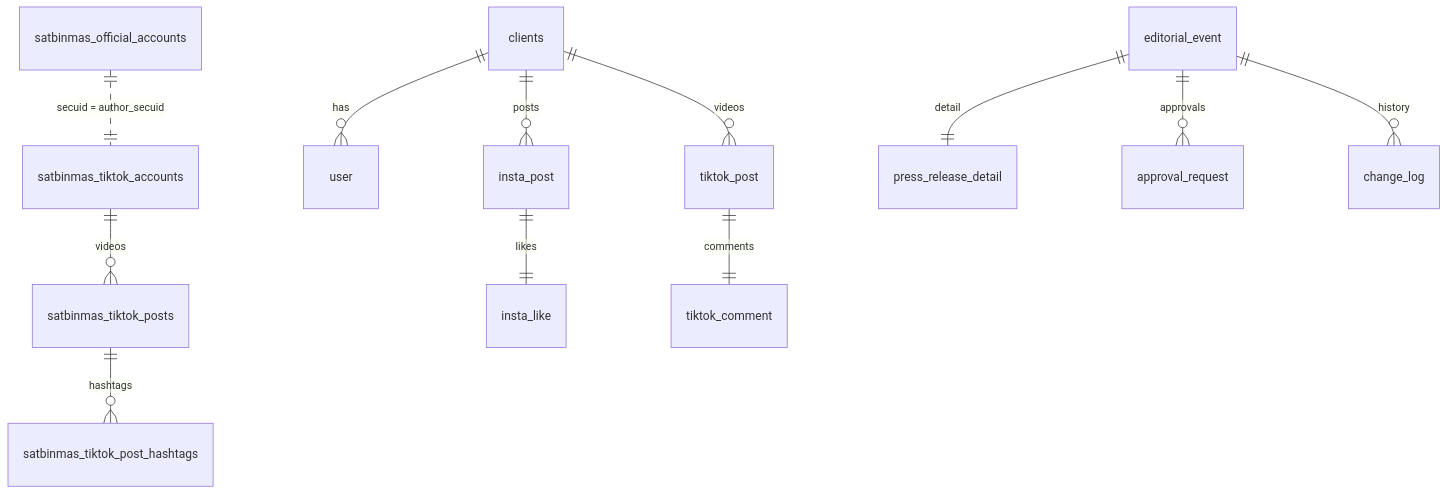
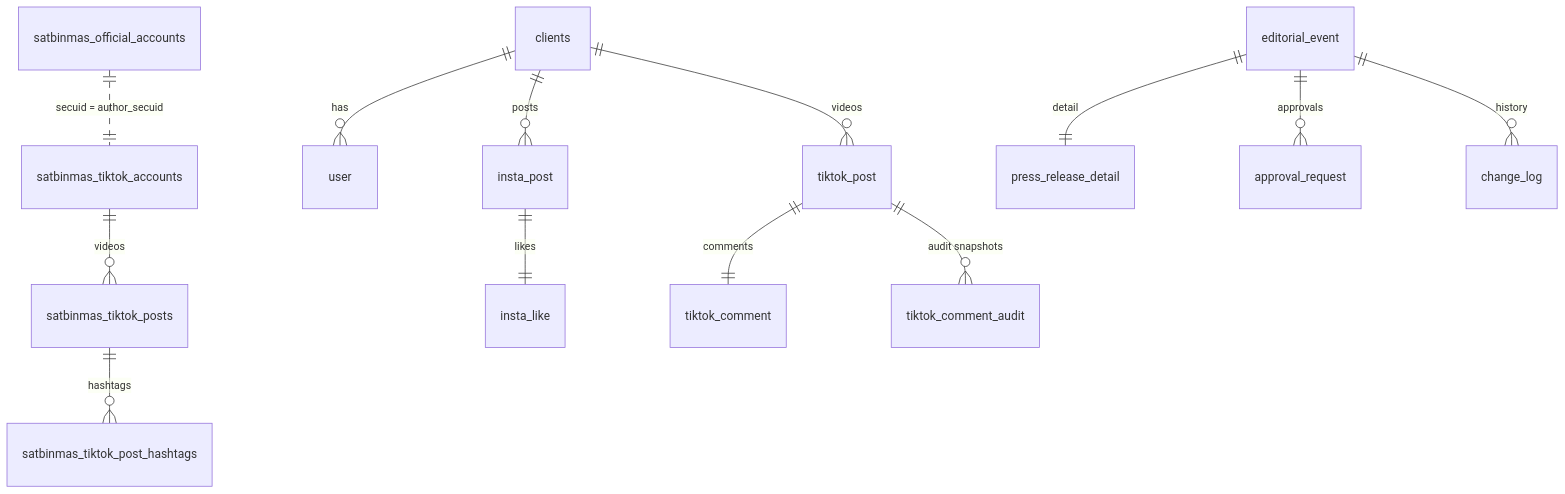
Before and after one commit to cicero78M/Cicero_V2: the diagram in docs/database_structure.md, drawn with Mermaid. The commit also changed other lines of this file and 2 other files, not shown here.

Commit message:
Add cascade to TikTok comment dependencies

````diff
--- a/docs/database_structure.md
+++ b/docs/database_structure.md
@@ -323,14 +334,15 @@
 ```mermaid
 erDiagram
     clients ||--o{ user : "has"
     clients ||--o{ insta_post : "posts"
     clients ||--o{ tiktok_post : "videos"
     satbinmas_official_accounts ||..|| satbinmas_tiktok_accounts : "secuid = author_secuid"
     satbinmas_tiktok_accounts ||--o{ satbinmas_tiktok_posts : "videos"
     satbinmas_tiktok_posts ||--o{ satbinmas_tiktok_post_hashtags : "hashtags"
     insta_post ||--|| insta_like : "likes"
     tiktok_post ||--|| tiktok_comment : "comments"
+    tiktok_post ||--o{ tiktok_comment_audit : "audit snapshots"
     editorial_event ||--|| press_release_detail : "detail"
     editorial_event ||--o{ approval_request : "approvals"
     editorial_event ||--o{ change_log : "history"
 ```
````
